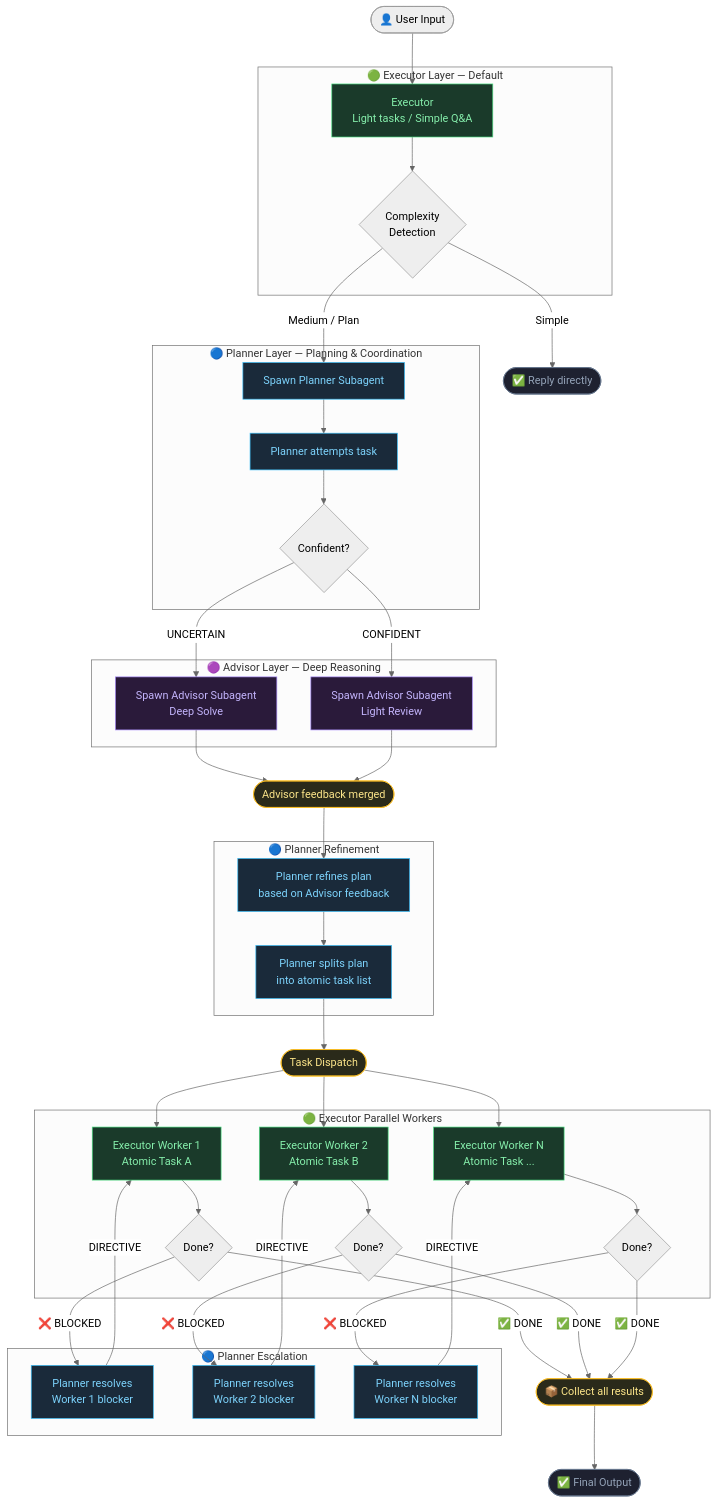
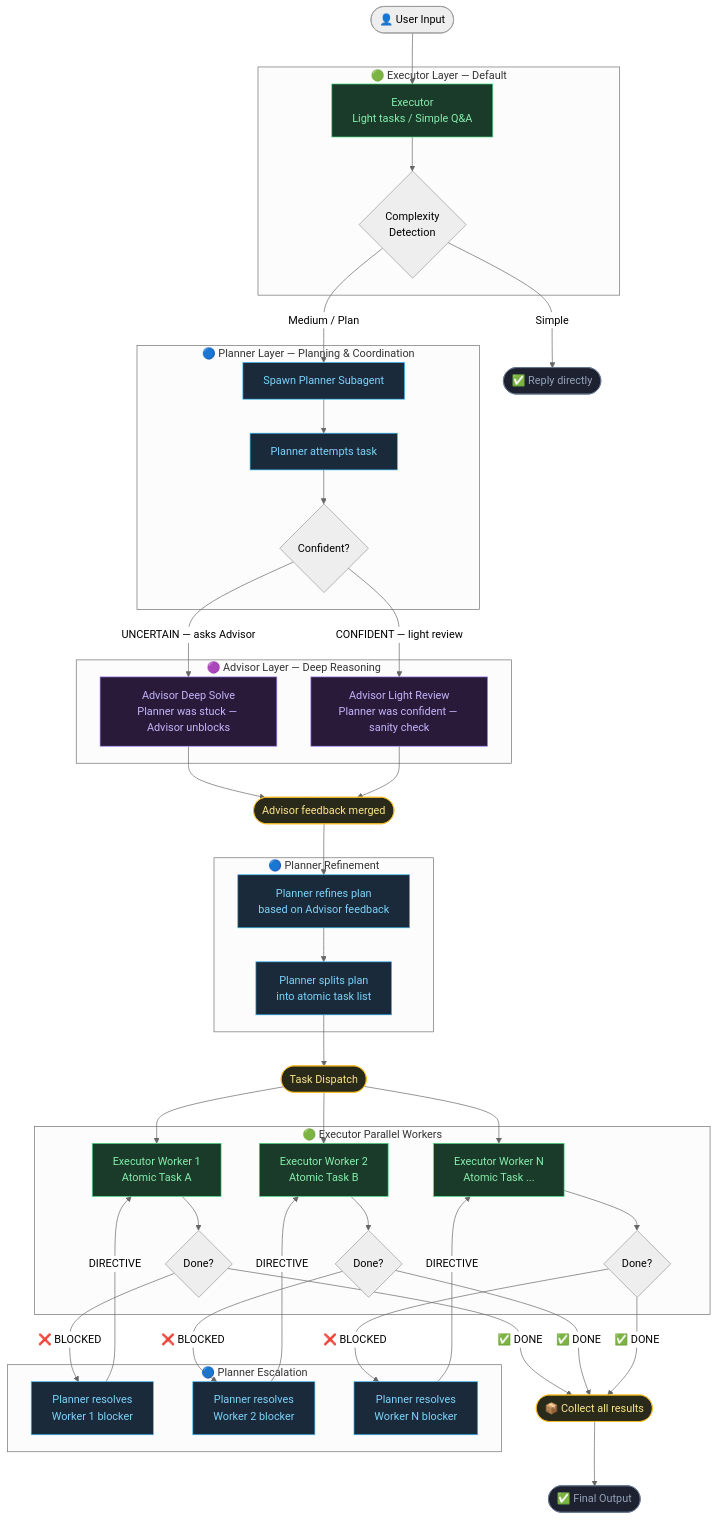
Before and after one commit to shttty/smart-cascade: the diagram in README.md, drawn with Mermaid (neutral theme). The commit also changed 1 other file, not shown here.

Commit message:
docs: clarify Planner→Advisor escalation path in Mermaid diagrams

```diff
--- a/README.md
+++ b/README.md
@@ -27,12 +27,12 @@
         PLANNER_TRY --> PLANNER_CHECK
     end
 
-    PLANNER_CHECK -- "UNCERTAIN" --> ADVISOR_SOLVE
-    PLANNER_CHECK -- "CONFIDENT" --> ADVISOR_REVIEW
+    PLANNER_CHECK -- "UNCERTAIN — asks Advisor" --> ADVISOR_SOLVE
+    PLANNER_CHECK -- "CONFIDENT — light review" --> ADVISOR_REVIEW
 
     subgraph LAYER3["🟣 Advisor Layer — Deep Reasoning"]
-        ADVISOR_SOLVE[Spawn Advisor Subagent\nDeep Solve]
-        ADVISOR_REVIEW[Spawn Advisor Subagent\nLight Review]
+        ADVISOR_SOLVE[Advisor Deep Solve\nPlanner was stuck — Advisor unblocks]
+        ADVISOR_REVIEW[Advisor Light Review\nPlanner was confident — sanity check]
     end
 
     ADVISOR_SOLVE --> MERGE
```
